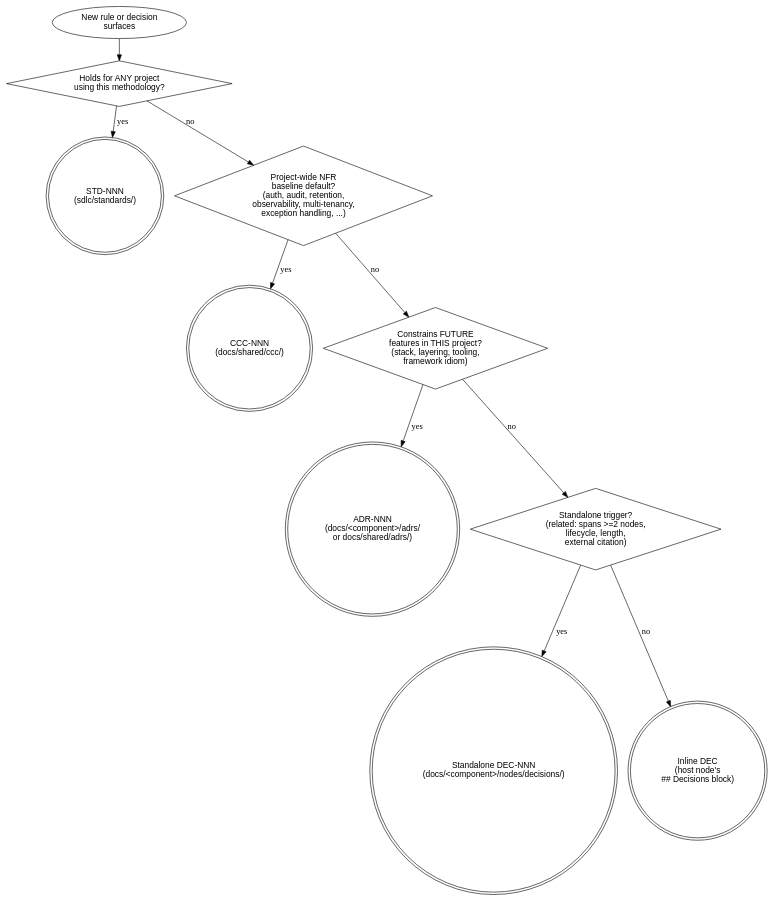
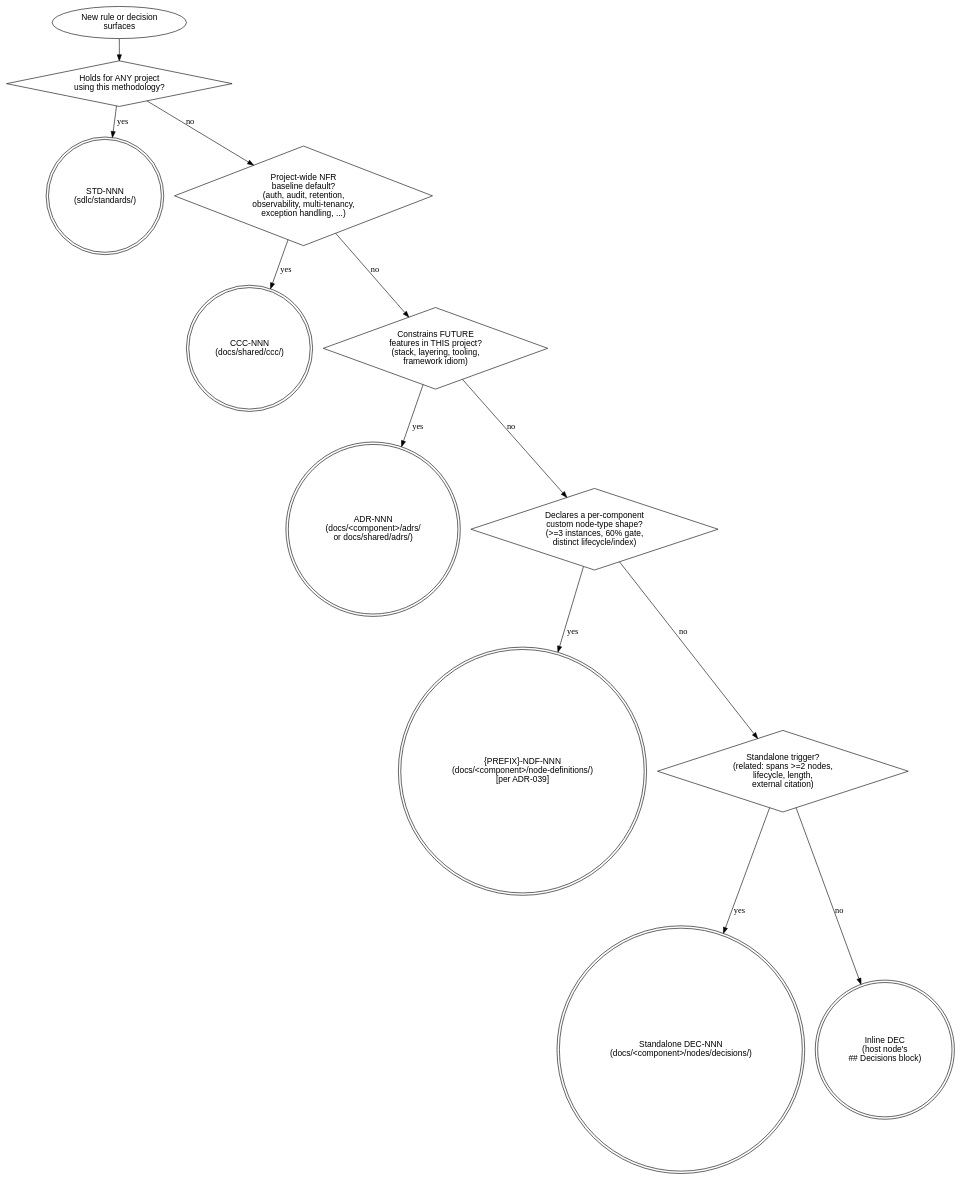
One commit to thapaliyabikendra/agentic-dev-workspace changed the diagram in sdlc/workflow/authoring-adr.md. Above: the diagram before and after it, drawn with Graphviz. The commit also changed other lines of this file and 14 other files, not shown here.

Commit message:
add NDF as 5th governance kind per ADR-039; rename to STD-004 filename; add NDF template + COMPONENT.md node_definitions: field + Phase 2 type-validity HARD-GATE; sync CLAUDE.md Rule 2 + authoring-adr governance count

````diff
--- a/sdlc/workflow/authoring-adr.md
+++ b/sdlc/workflow/authoring-adr.md
@@ -53,31 +57,36 @@
 ```dot
 digraph adr_discriminator {
     rankdir=TB;
     node [fontname="Helvetica"];
 
     rule     [shape=oval,    label="New rule or decision\nsurfaces"];
 
     q1       [shape=diamond, label="Holds for ANY project\nusing this methodology?"];
     std      [shape=doublecircle, label="STD-NNN\n(sdlc/standards/)"];
 
     q2       [shape=diamond, label="Project-wide NFR\nbaseline default?\n(auth, audit, retention,\nobservability, multi-tenancy,\nexception handling, ...)"];
     ccc      [shape=doublecircle, label="CCC-NNN\n(docs/shared/ccc/)"];
 
     q3       [shape=diamond, label="Constrains FUTURE\nfeatures in THIS project?\n(stack, layering, tooling,\nframework idiom)"];
     adr      [shape=doublecircle, label="ADR-NNN\n(docs/<component>/adrs/\nor docs/shared/adrs/)"];
 
+    q3a      [shape=diamond, label="Declares a per-component\ncustom node-type shape?\n(>=3 instances, 60% gate,\ndistinct lifecycle/index)"];
+    ndf      [shape=doublecircle, label="{PREFIX}-NDF-NNN\n(docs/<component>/node-definitions/)\n[per ADR-039]"];
+
     q4       [shape=diamond, label="Standalone trigger?\n(related: spans >=2 nodes,\nlifecycle, length,\nexternal citation)"];
     decstd   [shape=doublecircle, label="Standalone DEC-NNN\n(docs/<component>/nodes/decisions/)"];
     decinl   [shape=doublecircle, label="Inline DEC\n(host node's\n## Decisions block)"];
 
     rule -> q1;
     q1 -> std [label="yes"];
     q1 -> q2  [label="no"];
     q2 -> ccc [label="yes"];
     q2 -> q3  [label="no"];
     q3 -> adr [label="yes"];
-    q3 -> q4  [label="no"];
+    q3 -> q3a [label="no"];
+    q3a -> ndf [label="yes"];
+    q3a -> q4  [label="no"];
     q4 -> decstd [label="yes"];
     q4 -> decinl [label="no"];
 }
 ```
````
